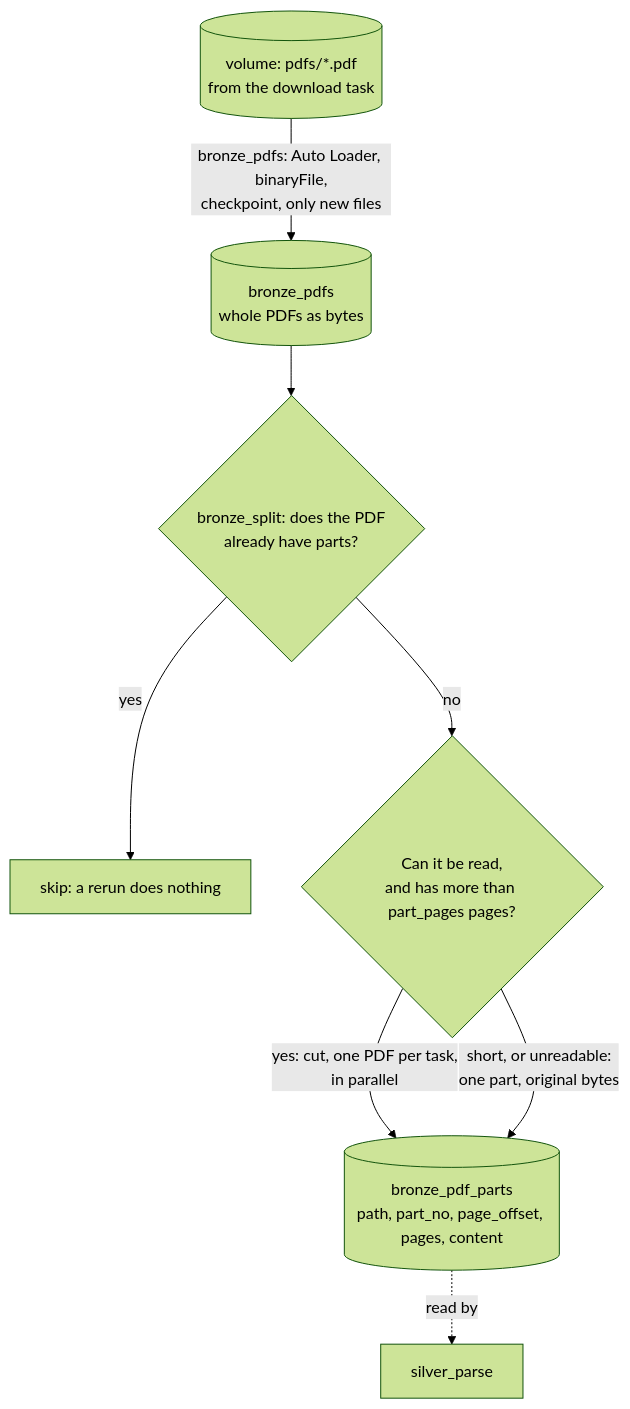
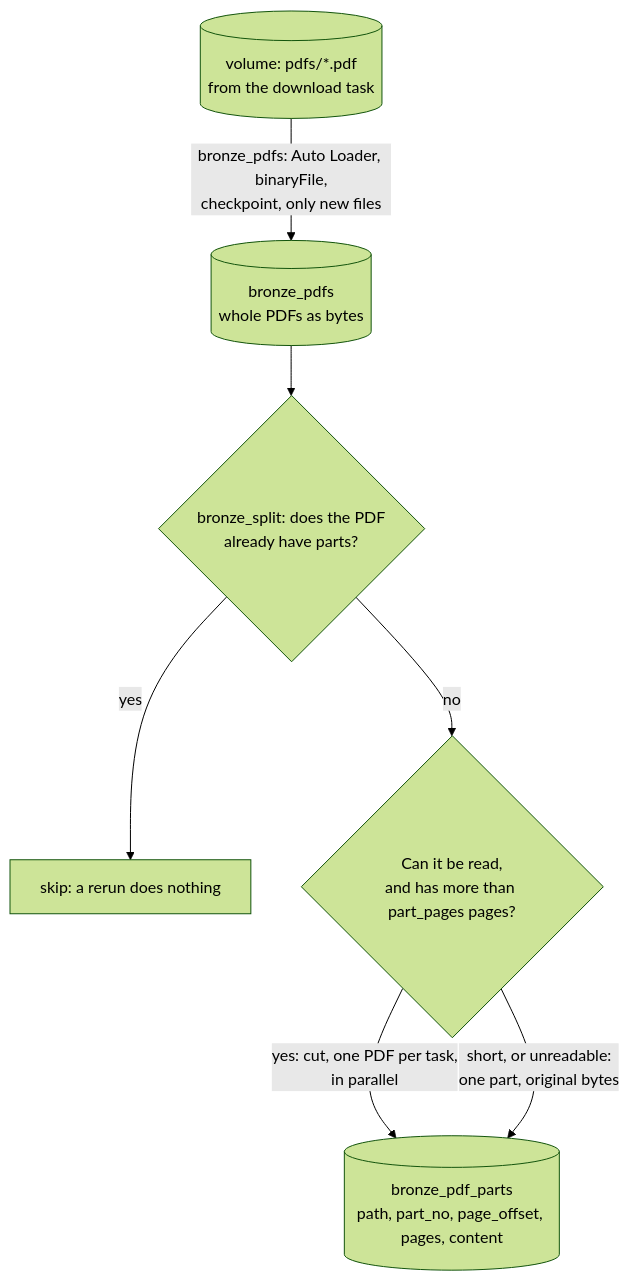
One commit to SuddhaswattaMaityUK/dbx-finance-bench-rag changed the diagram in doc/medallion/bronze/bronze.md. Above: the diagram before and after it, drawn with Mermaid (forest theme). The commit also changed other lines of this file and 34 other files, not shown here.

````diff
--- a/doc/medallion/bronze/bronze.md
+++ b/doc/medallion/bronze/bronze.md
@@ -5,10 +5,9 @@
 ```mermaid
 flowchart TD
     V[("volume: pdfs/*.pdf<br/>from the download task")] -->|"bronze_pdfs: Auto Loader, binaryFile,<br/>checkpoint, only new files"| B[("bronze_pdfs<br/>whole PDFs as bytes")]
     B --> T{"bronze_split: does the PDF<br/>already have parts?"}
     T -- yes --> SK["skip: a rerun does nothing"]
     T -- no --> R{"Can it be read,<br/>and has more than part_pages pages?"}
     R -- "yes: cut, one PDF per task,<br/>in parallel" --> P[("bronze_pdf_parts<br/>path, part_no, page_offset, pages, content")]
     R -- "short, or unreadable:<br/>one part, original bytes" --> P
-    P -.->|"read by"| S["silver_parse"]
 ```
````
